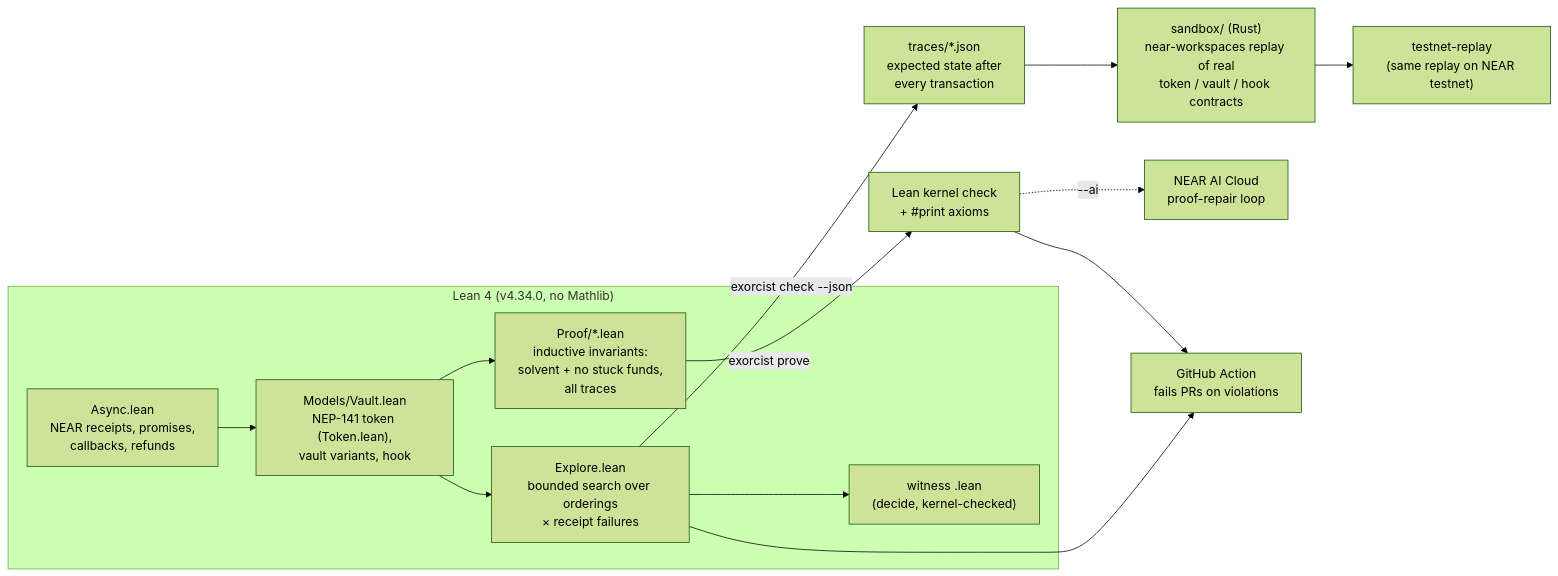
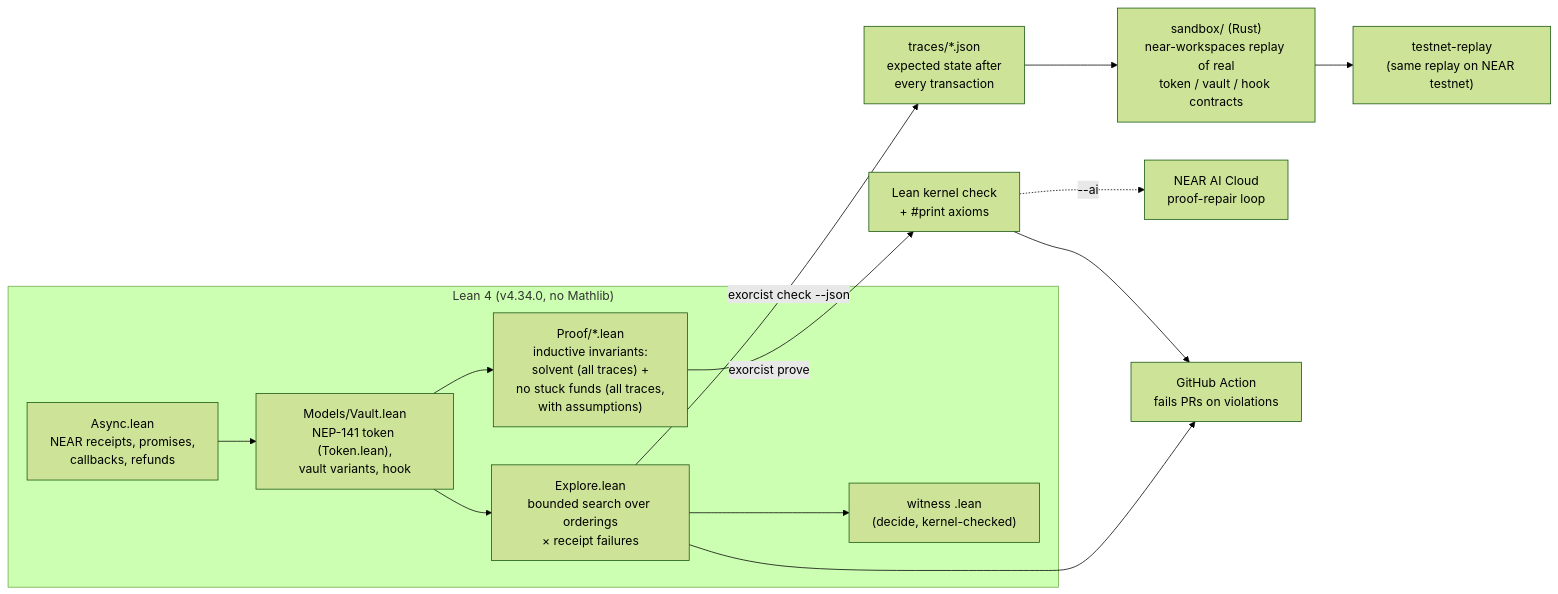
The diagram in docs/ARCHITECTURE.md (jatinsahijwani/exorcist), drawn with Mermaid (forest theme) before and after one commit. The commit also changed 10 other files, not shown here.

Commit message:
fix(docs): state the no-stuck-funds assumptions everywhere; add the callback-failure result; scope proof claims to the model; license holder

````diff
--- a/docs/ARCHITECTURE.md
+++ b/docs/ARCHITECTURE.md
@@ -3,15 +3,15 @@
 ```mermaid
 flowchart LR
   subgraph Lean["Lean 4 (v4.34.0, no Mathlib)"]
     A["Async.lean<br/>NEAR receipts, promises,<br/>callbacks, refunds"] --> M["Models/Vault.lean<br/>NEP-141 token (Token.lean),<br/>vault variants, hook"]
     M --> E["Explore.lean<br/>bounded search over orderings<br/>× receipt failures"]
-    M --> P["Proof/*.lean<br/>inductive invariants:<br/>solvent + no stuck funds,<br/>all traces"]
+    M --> P["Proof/*.lean<br/>inductive invariants:<br/>solvent (all traces) +<br/>no stuck funds (all traces,<br/>with assumptions)"]
     E --> W["witness .lean<br/>(decide, kernel-checked)"]
   end
   E -->|"exorcist check --json"| J["traces/*.json<br/>expected state after<br/>every transaction"]
   J --> S["sandbox/ (Rust)<br/>near-workspaces replay of real<br/>token / vault / hook contracts"]
   S --> T["testnet-replay<br/>(same replay on NEAR testnet)"]
   P -->|"exorcist prove"| K["Lean kernel check<br/>+ #print axioms"]
   K -.->|"--ai"| AI["NEAR AI Cloud<br/>proof-repair loop"]
   E & K --> CI["GitHub Action<br/>fails PRs on violations"]
 ```
````
